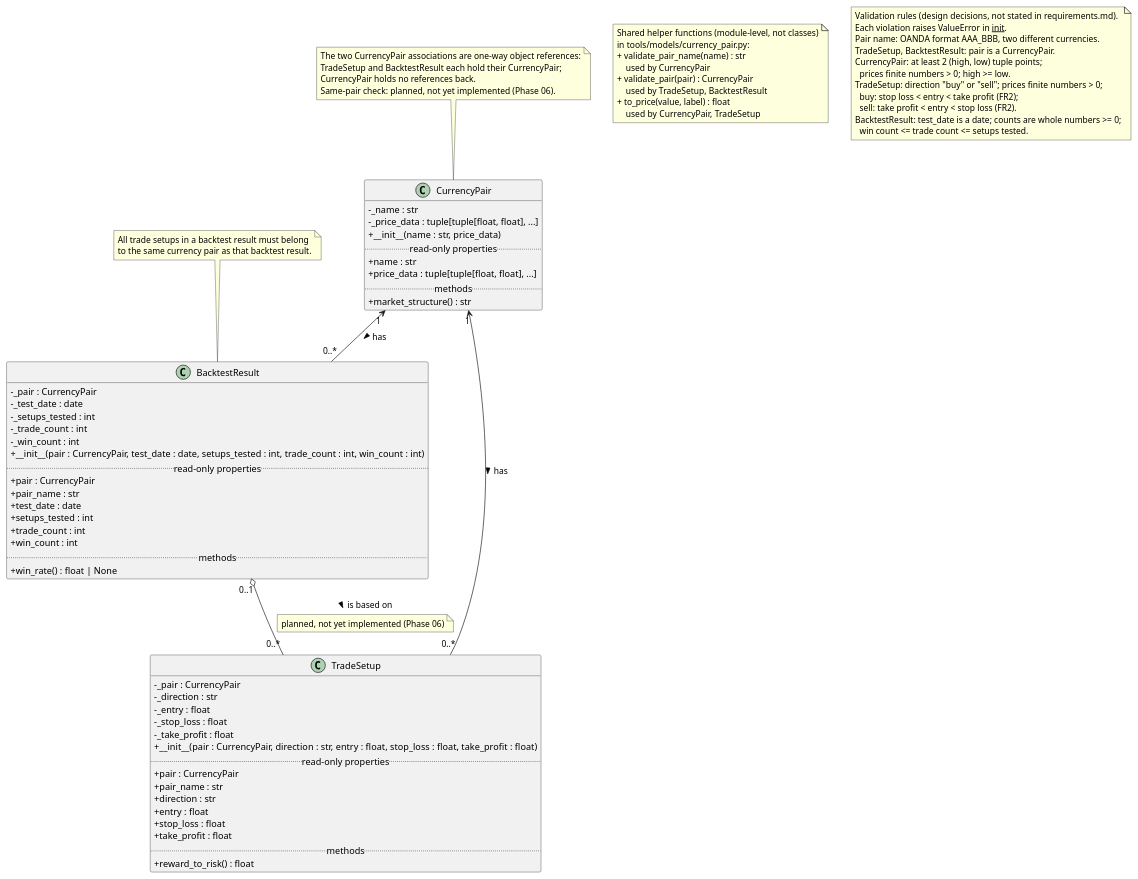
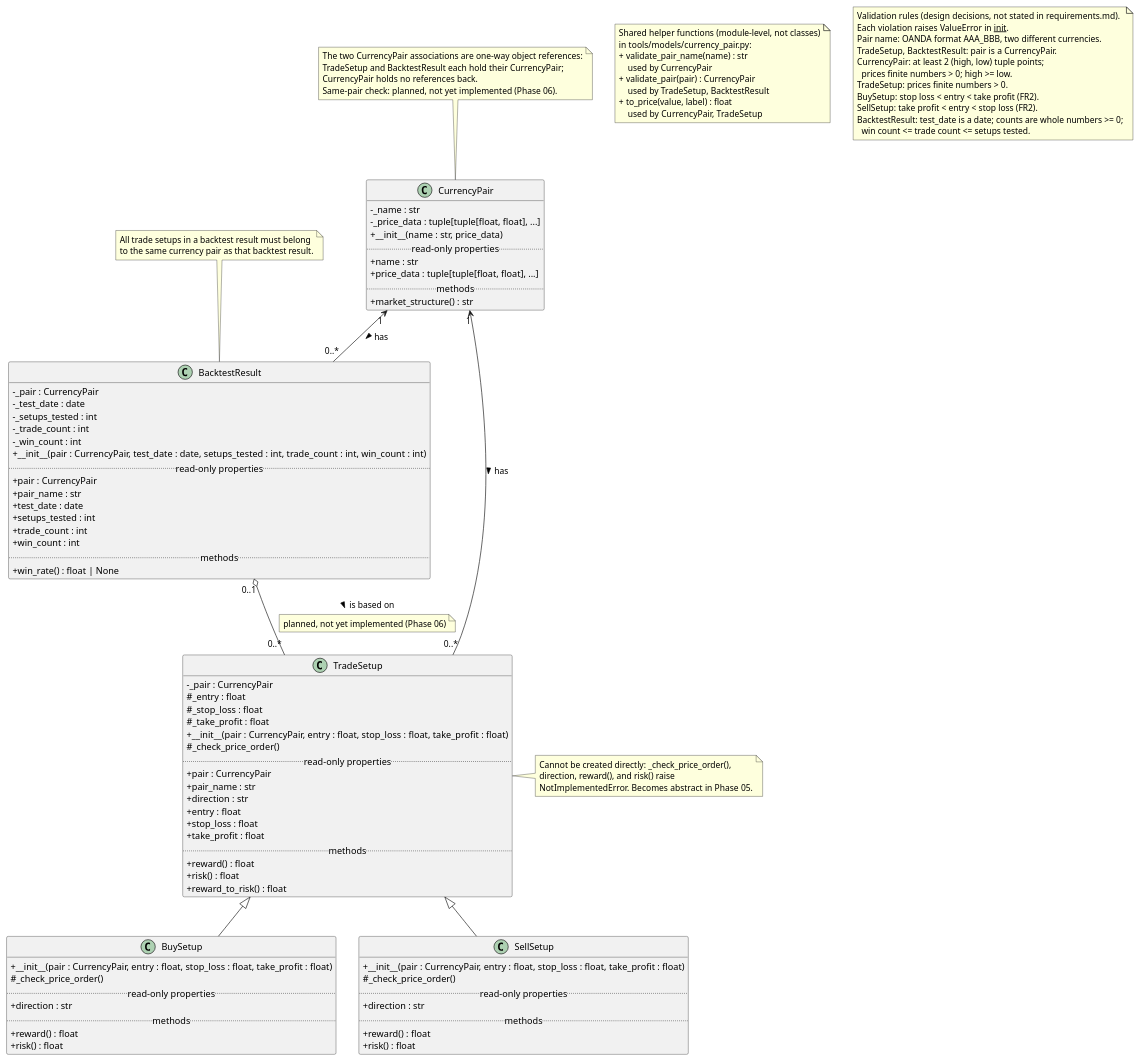
The diagram in docs/design/uml/domain-model.puml (dan119524/nexus-trade), drawn with PlantUML before and after one commit. The commit also changed 5 other files, not shown here.

Commit message:
Complete Phase 04 inheritance

```diff
--- a/docs/design/uml/domain-model.puml
+++ b/docs/design/uml/domain-model.puml
@@ -1,99 +1,132 @@
 @startuml domain-model
 ' Sources: docs/design/requirements.md, sections "Domain Entities" and
 ' "Relationships and Multiplicities", for the classes and relationships.
-' tools/models/ (Phase 03) for the attributes, public methods, and object references.
-' Attributes are private (-) and exposed as read-only @property (+). No setters.
+' tools/models/ (Phase 04) for the attributes, methods, object references, and inheritance.
+' Attributes are private (-), or protected (#) when a subclass reads them, and are
+' exposed as read-only @property (+). No setters. Subclasses list only the members
+' they define or override; inherited members are not repeated.
 skinparam classAttributeIconSize 0
 hide empty members
 
 class CurrencyPair {
   - _name : str
   - _price_data : tuple[tuple[float, float], ...]
   + __init__(name : str, price_data)
   .. read-only properties ..
   + name : str
   + price_data : tuple[tuple[float, float], ...]
   .. methods ..
   + market_structure() : str
 }
 
 class TradeSetup {
   - _pair : CurrencyPair
-  - _direction : str
-  - _entry : float
-  - _stop_loss : float
-  - _take_profit : float
-  + __init__(pair : CurrencyPair, direction : str, entry : float, stop_loss : float, take_profit : float)
+  # _entry : float
+  # _stop_loss : float
+  # _take_profit : float
+  + __init__(pair : CurrencyPair, entry : float, stop_loss : float, take_profit : float)
+  # _check_price_order()
   .. read-only properties ..
   + pair : CurrencyPair
   + pair_name : str
   + direction : str
   + entry : float
   + stop_loss : float
   + take_profit : float
   .. methods ..
+  + reward() : float
+  + risk() : float
   + reward_to_risk() : float
 }
+
+note right of TradeSetup
+  Cannot be created directly: _check_price_order(),
+  direction, reward(), and risk() raise
+  NotImplementedError. Becomes abstract in Phase 05.
+end note
+
+class BuySetup {
+  + __init__(pair : CurrencyPair, entry : float, stop_loss : float, take_profit : float)
+  # _check_price_order()
+  .. read-only properties ..
+  + direction : str
+  .. methods ..
+  + reward() : float
+  + risk() : float
+}
+
+class SellSetup {
+  + __init__(pair : CurrencyPair, entry : float, stop_loss : float, take_profit : float)
+  # _check_price_order()
+  .. read-only properties ..
+  + direction : str
+  .. methods ..
+  + reward() : float
+  + risk() : float
+}
+
+TradeSetup <|-- BuySetup
+TradeSetup <|-- SellSetup
 
 class BacktestResult {
   - _pair : CurrencyPair
   - _test_date : date
   - _setups_tested : int
   - _trade_count : int
   - _win_count : int
   + __init__(pair : CurrencyPair, test_date : date, setups_tested : int, trade_count : int, win_count : int)
   .. read-only properties ..
   + pair : CurrencyPair
   + pair_name : str
   + test_date : date
   + setups_tested : int
   + trade_count : int
   + win_count : int
   .. methods ..
   + win_rate() : float | None
 }
 
 CurrencyPair "1" <-- "0..*" TradeSetup : has >
 CurrencyPair "1" <-- "0..*" BacktestResult : has >
 BacktestResult "0..1" o-- "0..*" TradeSetup : is based on >
 
 note on link
   planned, not yet implemented (Phase 06)
 end note
 
 note "All trade setups in a backtest result must belong\nto the same currency pair as that backtest result." as SamePair
 SamePair .. BacktestResult
 
 note as AssociationLinks
   The two CurrencyPair associations are one-way object references:
   TradeSetup and BacktestResult each hold their CurrencyPair;
   CurrencyPair holds no references back.
   Same-pair check: planned, not yet implemented (Phase 06).
 end note
 AssociationLinks .. CurrencyPair
 
 note as SharedHelpers
   Shared helper functions (module-level, not classes)
   in tools/models/currency_pair.py:
   + validate_pair_name(name) : str
       used by CurrencyPair
   + validate_pair(pair) : CurrencyPair
       used by TradeSetup, BacktestResult
   + to_price(value, label) : float
       used by CurrencyPair, TradeSetup
 end note
 
 note as ValidationRules
   Validation rules (design decisions, not stated in requirements.md).
   Each violation raises ValueError in __init__.
   Pair name: OANDA format AAA_BBB, two different currencies.
   TradeSetup, BacktestResult: pair is a CurrencyPair.
   CurrencyPair: at least 2 (high, low) tuple points;
     prices finite numbers > 0; high >= low.
-  TradeSetup: direction "buy" or "sell"; prices finite numbers > 0;
-    buy: stop loss < entry < take profit (FR2);
-    sell: take profit < entry < stop loss (FR2).
+  TradeSetup: prices finite numbers > 0.
+  BuySetup: stop loss < entry < take profit (FR2).
+  SellSetup: take profit < entry < stop loss (FR2).
   BacktestResult: test_date is a date; counts are whole numbers >= 0;
     win count <= trade count <= setups tested.
 end note
 @enduml
```
